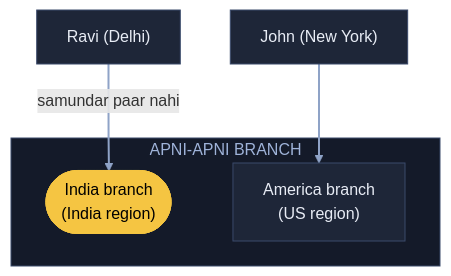
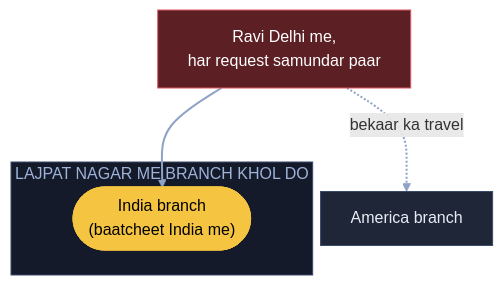
Before and after one commit to ArpanMaheshwari144/Prep: the eighth of 15 diagrams in 04_HLD/SYSTEM_DESIGNS/03_twitter_feed/03_twitter_feed.md, drawn with Mermaid. The commit also changed other lines of this file, not shown here.

Commit message:
Twitter: 15 diagram hand notes ke shabdon se, K1 heading + K9 line notes jaisi

````diff
--- a/04_HLD/SYSTEM_DESIGNS/03_twitter_feed/03_twitter_feed.md
+++ b/04_HLD/SYSTEM_DESIGNS/03_twitter_feed/03_twitter_feed.md
@@ -272,17 +256,16 @@
 ```mermaid
 flowchart TB
-    R["Ravi (Delhi)"]:::card
-    J["John (New York)"]:::card
-    subgraph BR["APNI-APNI BRANCH"]
-        IN(["India branch<br/>(India region)"]):::pill
-        US["America branch<br/>(US region)"]:::card
+    R["Ravi Delhi me,<br/>har request samundar paar"]:::bad
+    subgraph LN["LAJPAT NAGAR ME BRANCH KHOL DO"]
+        IN(["India branch<br/>(baatcheet India me)"]):::pill
     end
-    R -- "samundar paar nahi" --> IN
-    J --> US
+    US["America branch"]:::card
+    R --> IN
+    R -. "bekaar ka travel" .-> US
     linkStyle default stroke:#8fa3c7,stroke-width:2px
     classDef card fill:#1e2638,stroke:#3a4a6b,color:#e8ecf5
     classDef pill fill:#f5c542,stroke:#f5c542,color:#000
     classDef good fill:#2e7d4f,stroke:#3fbf6f,color:#fff
     classDef bad fill:#5c1f24,stroke:#e05561,color:#fff
-    style BR fill:#141a29,stroke:#3a4a6b,color:#9fb3d9
+    style LN fill:#141a29,stroke:#3a4a6b,color:#9fb3d9
 ```
````
